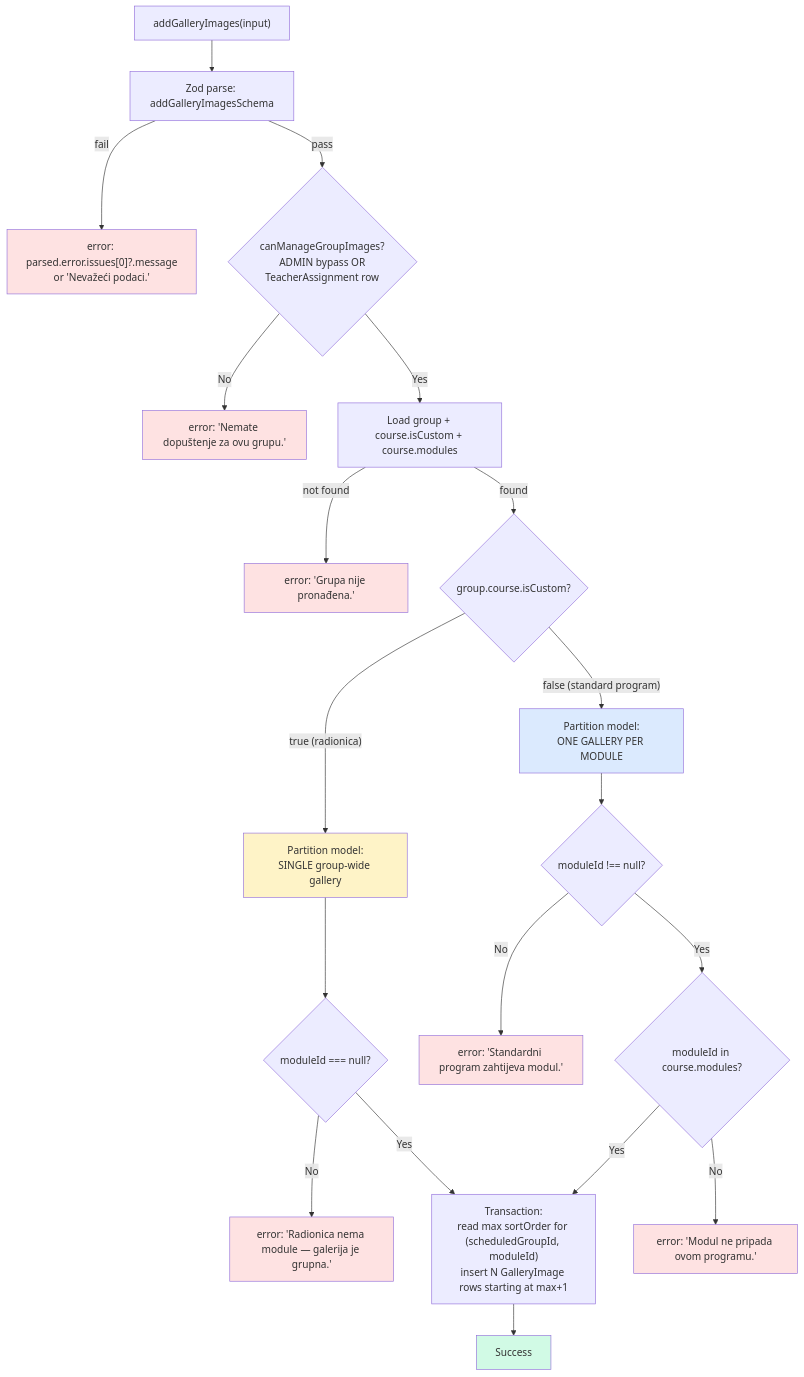
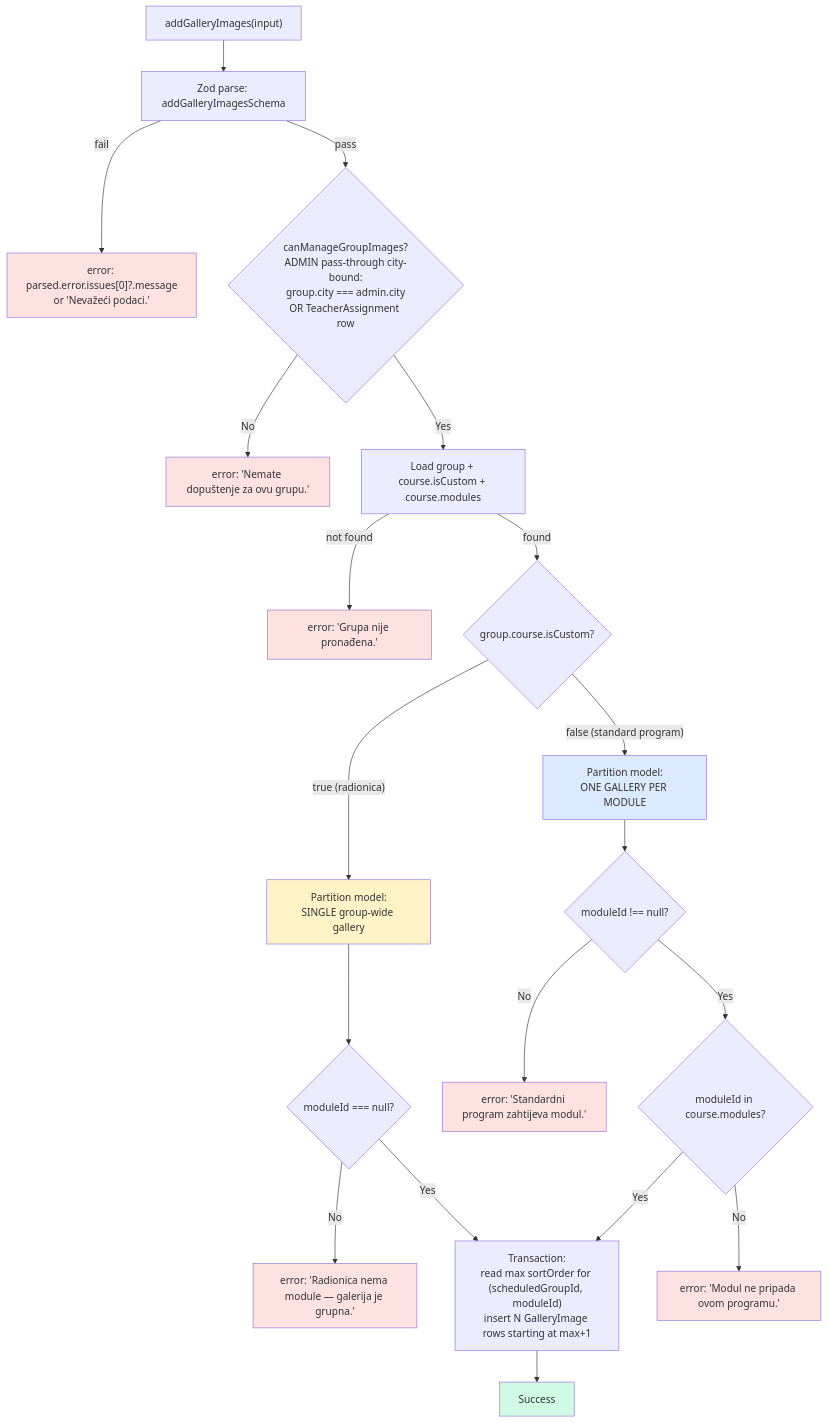
The first of 3 diagrams in docs/diagrams/gallery-scope.md (jpucic00/inovatic), drawn with Mermaid before and after one commit. The commit also changed other lines of this file and 18 other files, not shown here.

````diff
--- a/docs/diagrams/gallery-scope.md
+++ b/docs/diagrams/gallery-scope.md
@@ -12,34 +14,34 @@
 ```mermaid
 flowchart TD
     A["addGalleryImages(input)"] --> Z[Zod parse: addGalleryImagesSchema]
     Z -->|fail| ZE["error: parsed.error.issues[0]?.message<br/>or 'Nevažeći podaci.'"]
-    Z -->|pass| P{canManageGroupImages?<br/>ADMIN bypass OR<br/>TeacherAssignment row}
+    Z -->|pass| P{canManageGroupImages?<br/>ADMIN pass-through city-bound:<br/>group.city === admin.city<br/>OR TeacherAssignment row}
     P -->|No| PE["error: 'Nemate dopuštenje za ovu grupu.'"]
     P -->|Yes| L[Load group + course.isCustom + course.modules]
     L -->|not found| NF["error: 'Grupa nije pronađena.'"]
     L -->|found| S{group.course.isCustom?}
 
     S -->|"true (radionica)"| R["Partition model:<br/>SINGLE group-wide gallery"]
     R --> R1{moduleId === null?}
     R1 -->|No| RE["error: 'Radionica nema module — galerija je grupna.'"]
     R1 -->|Yes| INS
 
     S -->|"false (standard program)"| ST["Partition model:<br/>ONE GALLERY PER MODULE"]
     ST --> ST1{moduleId !== null?}
     ST1 -->|No| SE1["error: 'Standardni program zahtijeva modul.'"]
     ST1 -->|Yes| ST2{moduleId in course.modules?}
     ST2 -->|No| SE2["error: 'Modul ne pripada ovom programu.'"]
     ST2 -->|Yes| INS
 
     INS["Transaction:<br/>read max sortOrder for (scheduledGroupId, moduleId)<br/>insert N GalleryImage rows starting at max+1"] --> OK[Success]
 
     style OK fill:#d1fae5
     style R fill:#fef3c7
     style ST fill:#dbeafe
     style ZE fill:#fee2e2
     style PE fill:#fee2e2
     style NF fill:#fee2e2
     style RE fill:#fee2e2
     style SE1 fill:#fee2e2
     style SE2 fill:#fee2e2
 ```
````
